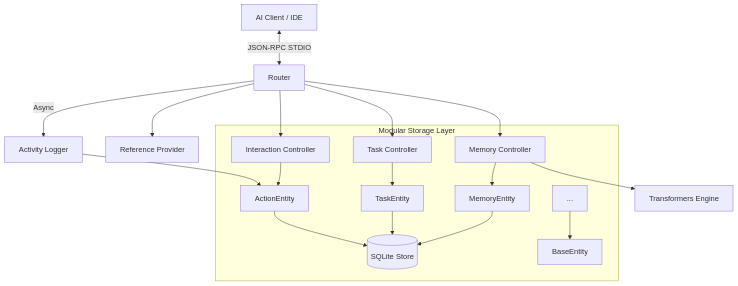
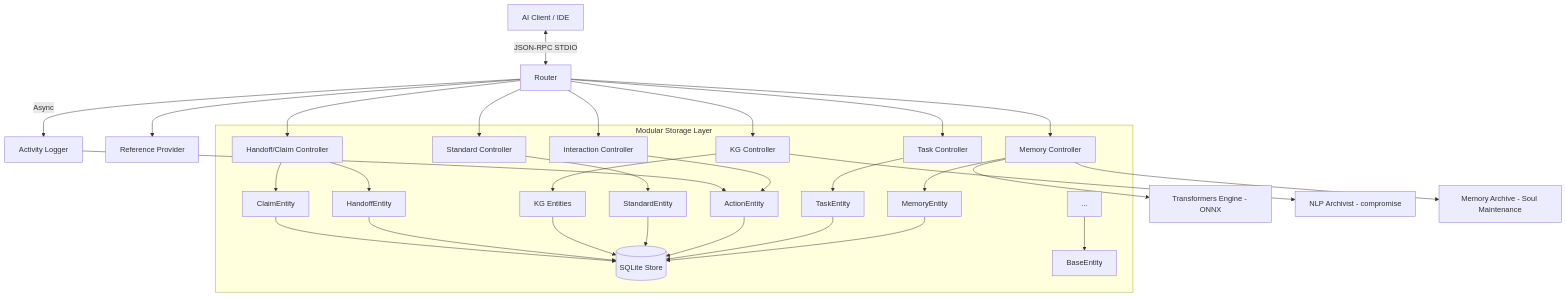
One commit to vheins/local-memory-mcp changed the diagram in .agents/documents/application/modules/mcp-server/overview.md. Above: the diagram before and after it, drawn with Mermaid. The commit also changed other lines of this file and 49 other files, not shown here.

````diff
--- a/.agents/documents/application/modules/mcp-server/overview.md
+++ b/.agents/documents/application/modules/mcp-server/overview.md
@@ -24,24 +44,37 @@
 ```mermaid
 graph TD
     A[AI Client / IDE] <-->|JSON-RPC STDIO| B[Router]
     B --> C[Memory Controller]
     B --> D[Task Controller]
     B --> I[Interaction Controller]
     B --> G[Reference Provider]
-    
+    B --> S[Standard Controller]
+    B --> KG[KG Controller]
+    B --> H[Handoff/Claim Controller]
+
     subgraph StorageLayer [Modular Storage Layer]
         C --> MemoryEnt[MemoryEntity]
         D --> TaskEnt[TaskEntity]
         I --> ActionEnt[ActionEntity]
-        
+        S --> StandardEnt[StandardEntity]
+        KG --> KGEnt[KG Entities]
+        H --> HandoffEnt[HandoffEntity]
+        H --> ClaimEnt[ClaimEntity]
+
         MemoryEnt --> SQLite[(SQLite Store)]
         TaskEnt --> SQLite
         ActionEnt --> SQLite
-        
+        StandardEnt --> SQLite
+        KGEnt --> SQLite
+        HandoffEnt --> SQLite
+        ClaimEnt --> SQLite
+
         Entities[...] --> Base[BaseEntity]
     end
-    
-    C --> F[Transformers Engine]
-    B -- Async --> H[Activity Logger]
-    H --> ActionEnt
+
+    C --> F[Transformers Engine - ONNX]
+    KG --> N[NLP Archivist - compromise]
+    C --> Archive[Memory Archive - Soul Maintenance]
+    B -- Async --> L[Activity Logger]
+    L --> ActionEnt
 ```
````
